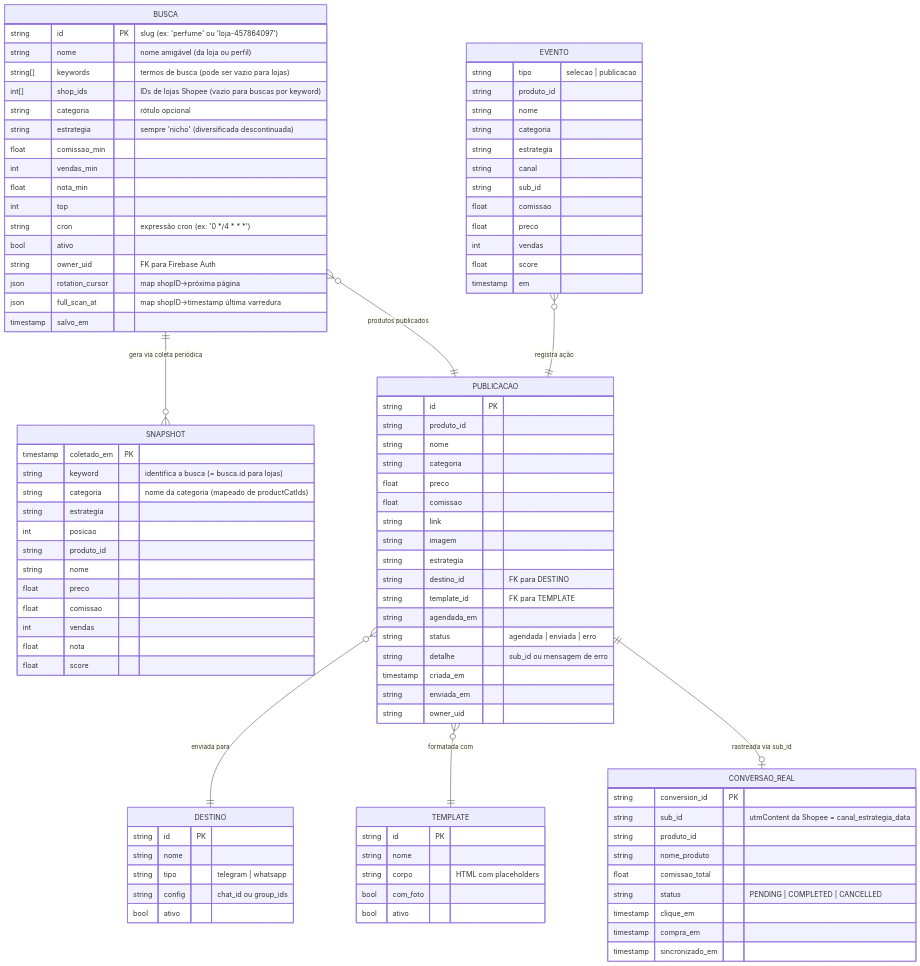
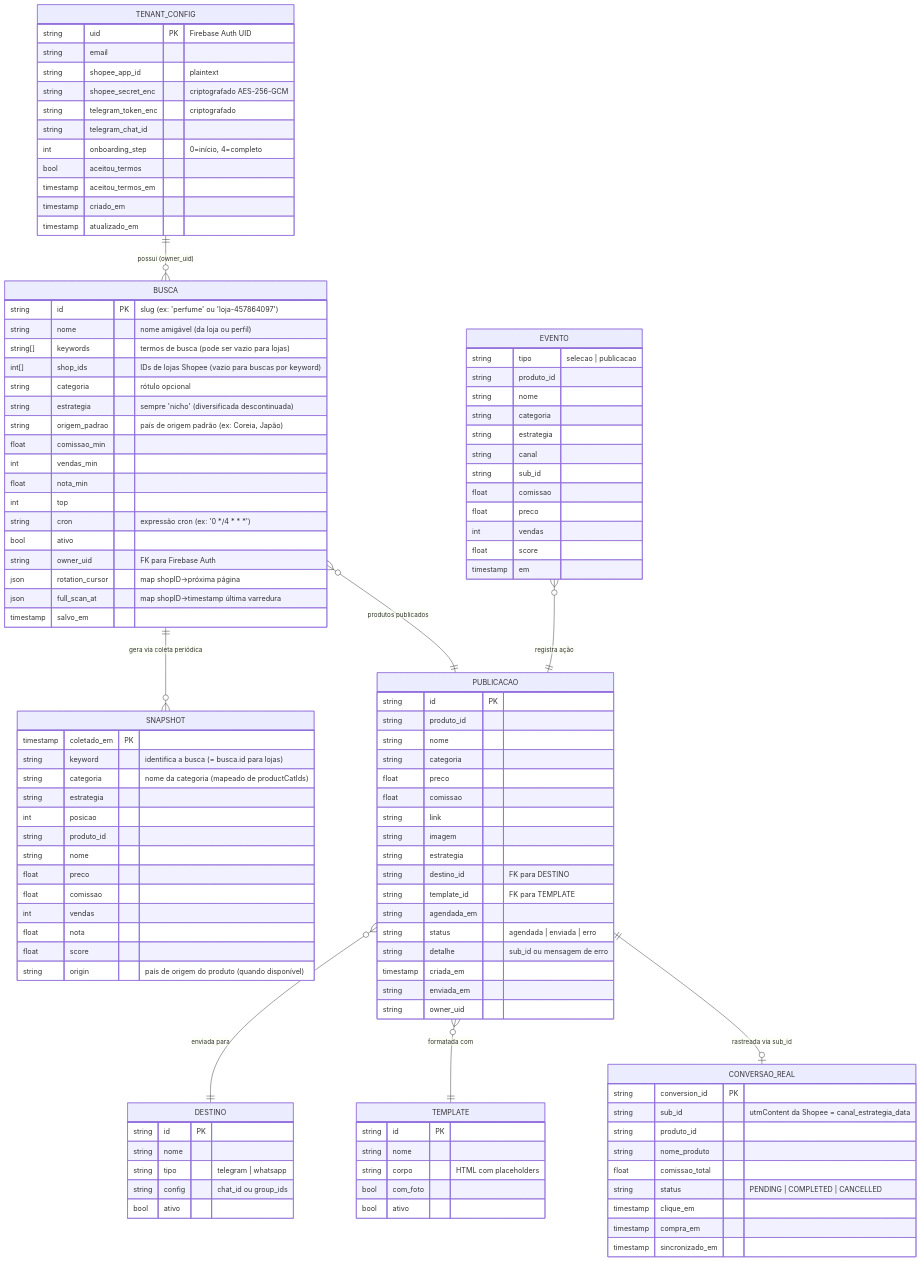
Before and after one commit to fmarquesfilho/garimpo: the diagram in docs/ENTIDADES.md, drawn with Mermaid. The commit also changed other lines of this file and 3 other files, not shown here.

First line of the commit message:
docs: atualiza documentação + schema evolution automática

````diff
--- a/docs/ENTIDADES.md
+++ b/docs/ENTIDADES.md
@@ -13,6 +13,7 @@
         int[] shop_ids "IDs de lojas Shopee (vazio para buscas por keyword)"
         string categoria "rótulo opcional"
         string estrategia "sempre 'nicho' (diversificada descontinuada)"
+        string origem_padrao "país de origem padrão (ex: Coreia, Japão)"
         float comissao_min
         int vendas_min
         float nota_min
@@ -38,6 +39,7 @@
         int vendas
         float nota
         float score
+        string origin "país de origem do produto (quando disponível)"
     }
 
     PUBLICACAO {
@@ -109,4 +111,19 @@
     PUBLICACAO }o--|| TEMPLATE : "formatada com"
     PUBLICACAO ||--o| CONVERSAO_REAL : "rastreada via sub_id"
     EVENTO }o--|| PUBLICACAO : "registra ação"
+    TENANT_CONFIG ||--o{ BUSCA : "possui (owner_uid)"
+
+    TENANT_CONFIG {
+        string uid PK "Firebase Auth UID"
+        string email
+        string shopee_app_id "plaintext"
+        string shopee_secret_enc "criptografado AES-256-GCM"
+        string telegram_token_enc "criptografado"
+        string telegram_chat_id
+        int onboarding_step "0=início, 4=completo"
+        bool aceitou_termos
+        timestamp aceitou_termos_em
+        timestamp criado_em
+        timestamp atualizado_em
+    }
 ```
````
